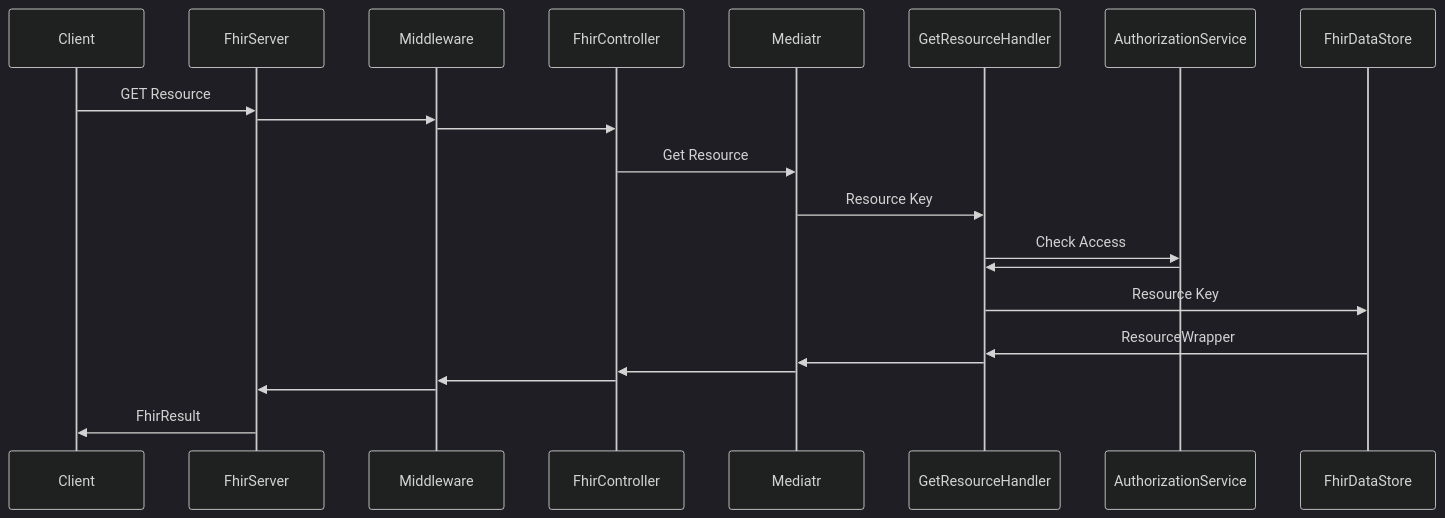
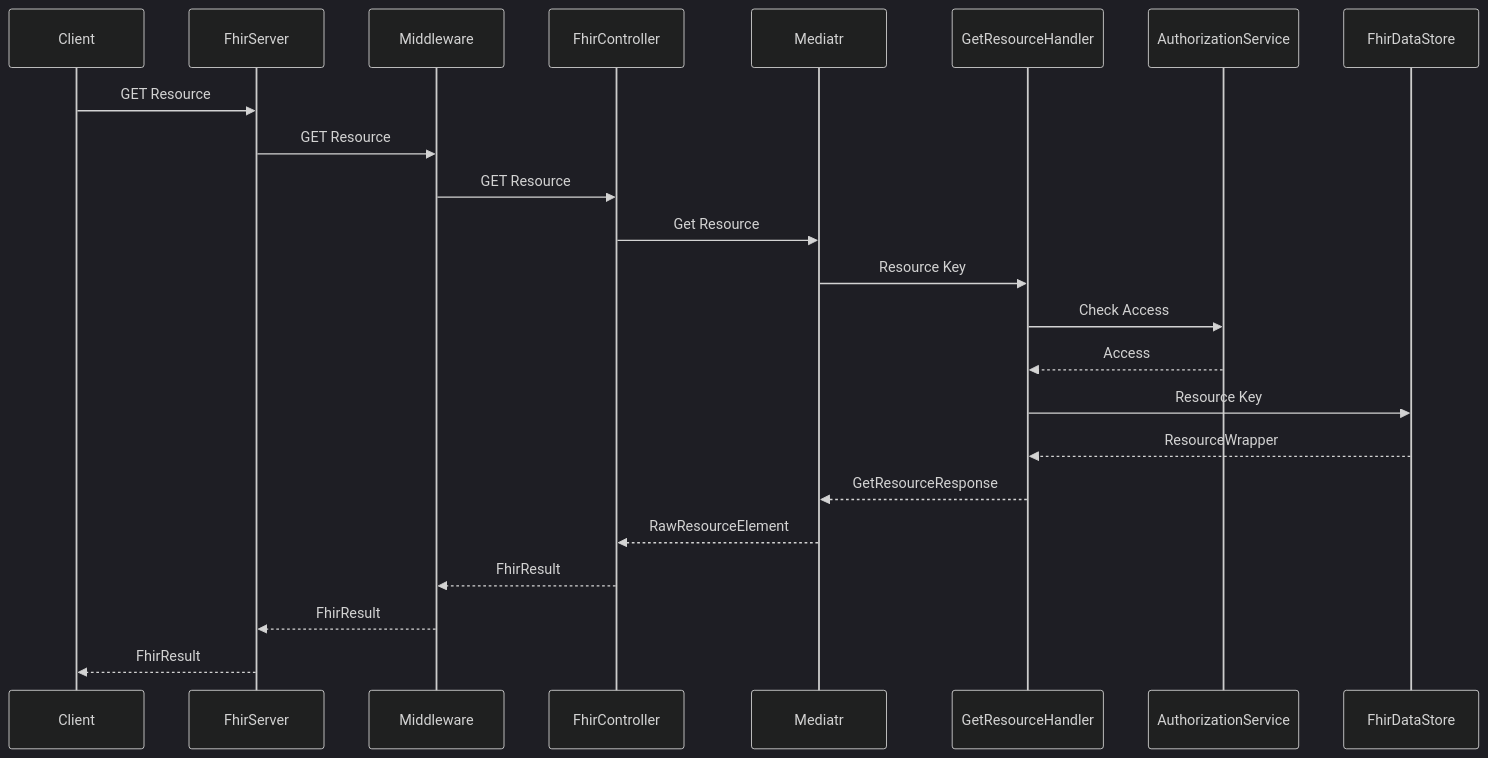
Before and after one commit to microsoft/fhir-server: the diagram in docs/flow diagrams/read-resource.md, drawn with Mermaid (dark theme). The commit also changed 3 other files, not shown here.

Commit message:
Add comments for the sequences

````diff
--- a/docs/flow diagrams/read-resource.md
+++ b/docs/flow diagrams/read-resource.md
@@ -1,17 +1,17 @@
 ```mermaid
 sequenceDiagram
-    Client->> FhirServer: GET Resource
-    FhirServer ->> Middleware:
-    Middleware ->> FhirController:
-    FhirController ->> Mediatr: Get Resource
-    Mediatr ->> GetResourceHandler: Resource Key
-    GetResourceHandler ->> AuthorizationService: Check Access
-    AuthorizationService ->> GetResourceHandler:
-    GetResourceHandler ->> FhirDataStore: Resource Key
-    FhirDataStore ->> GetResourceHandler: ResourceWrapper
-    GetResourceHandler ->> Mediatr:
-    Mediatr ->> FhirController:
-    FhirController ->> Middleware:
-    Middleware ->> FhirServer:
-    FhirServer ->> Client: FhirResult
+    Client->>FhirServer: GET Resource
+    FhirServer->>Middleware: GET Resource
+    Middleware->>FhirController: GET Resource
+    FhirController->>Mediatr: Get Resource
+    Mediatr->>GetResourceHandler: Resource Key
+    GetResourceHandler->>AuthorizationService: Check Access
+    AuthorizationService-->>GetResourceHandler: Access
+    GetResourceHandler->>FhirDataStore: Resource Key
+    FhirDataStore-->>GetResourceHandler: ResourceWrapper
+    GetResourceHandler-->>Mediatr: GetResourceResponse
+    Mediatr-->>FhirController: RawResourceElement
+    FhirController-->>Middleware: FhirResult
+    Middleware-->>FhirServer: FhirResult
+    FhirServer-->>Client: FhirResult
 ```
````
